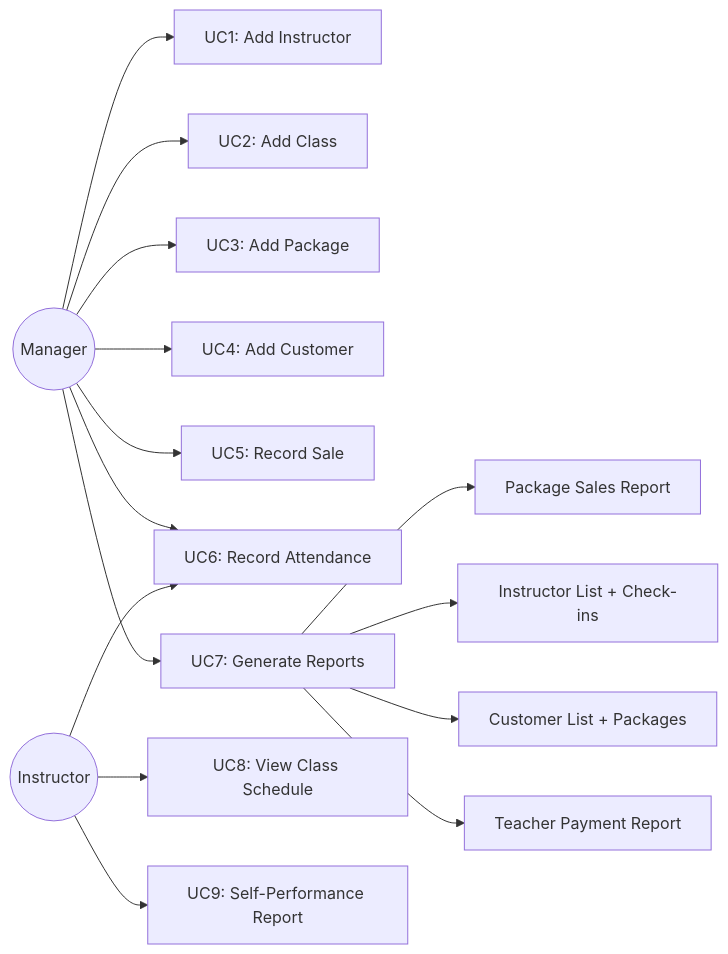
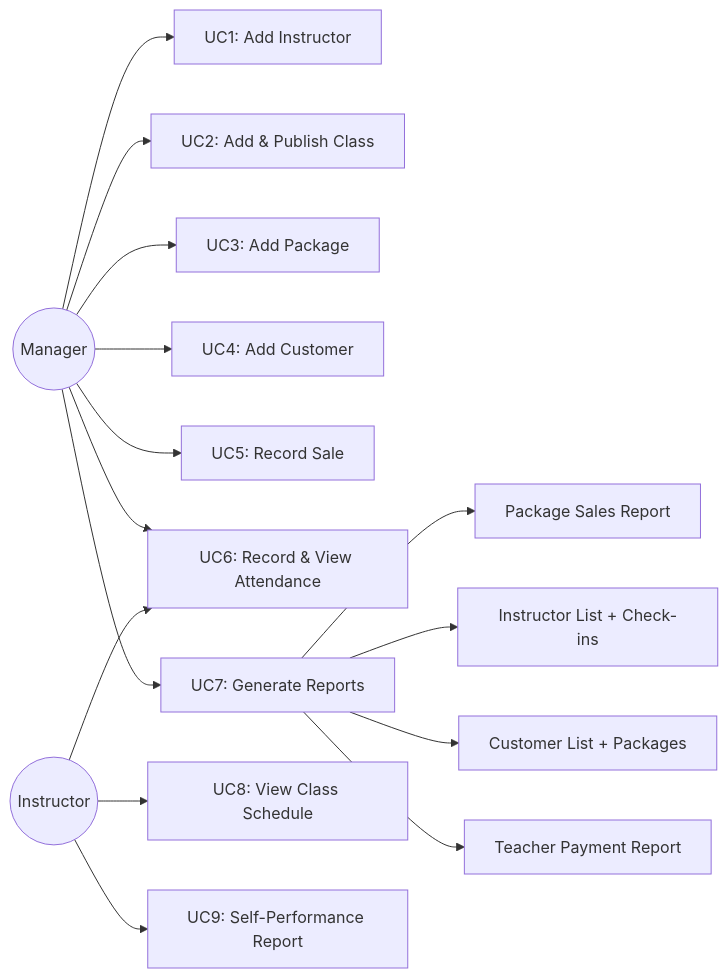
Before and after one commit to lindseychoi/yoga-hom-project-lchoi: the fourth of 9 diagrams in PLAN.md, drawn with Mermaid. The commit also changed other lines of this file and 11 other files, not shown here.

````diff
--- a/PLAN.md
+++ b/PLAN.md
@@ -223,22 +246,22 @@
 ```mermaid
 graph LR
     Manager(("Manager"))
     Instructor(("Instructor"))
 
     Manager --> UC1["UC1: Add Instructor"]
-    Manager --> UC2["UC2: Add Class"]
+    Manager --> UC2["UC2: Add & Publish Class"]
     Manager --> UC3["UC3: Add Package"]
     Manager --> UC4["UC4: Add Customer"]
     Manager --> UC5["UC5: Record Sale"]
-    Manager --> UC6["UC6: Record Attendance"]
+    Manager --> UC6["UC6: Record & View Attendance"]
     Manager --> UC7["UC7: Generate Reports"]
 
     Instructor --> UC6
     Instructor --> UC8["UC8: View Class Schedule"]
     Instructor --> UC9["UC9: Self-Performance Report"]
 
     UC7 --> R1["Package Sales Report"]
     UC7 --> R2["Instructor List + Check-ins"]
     UC7 --> R3["Customer List + Packages"]
     UC7 --> R4["Teacher Payment Report"]
 ```
````
